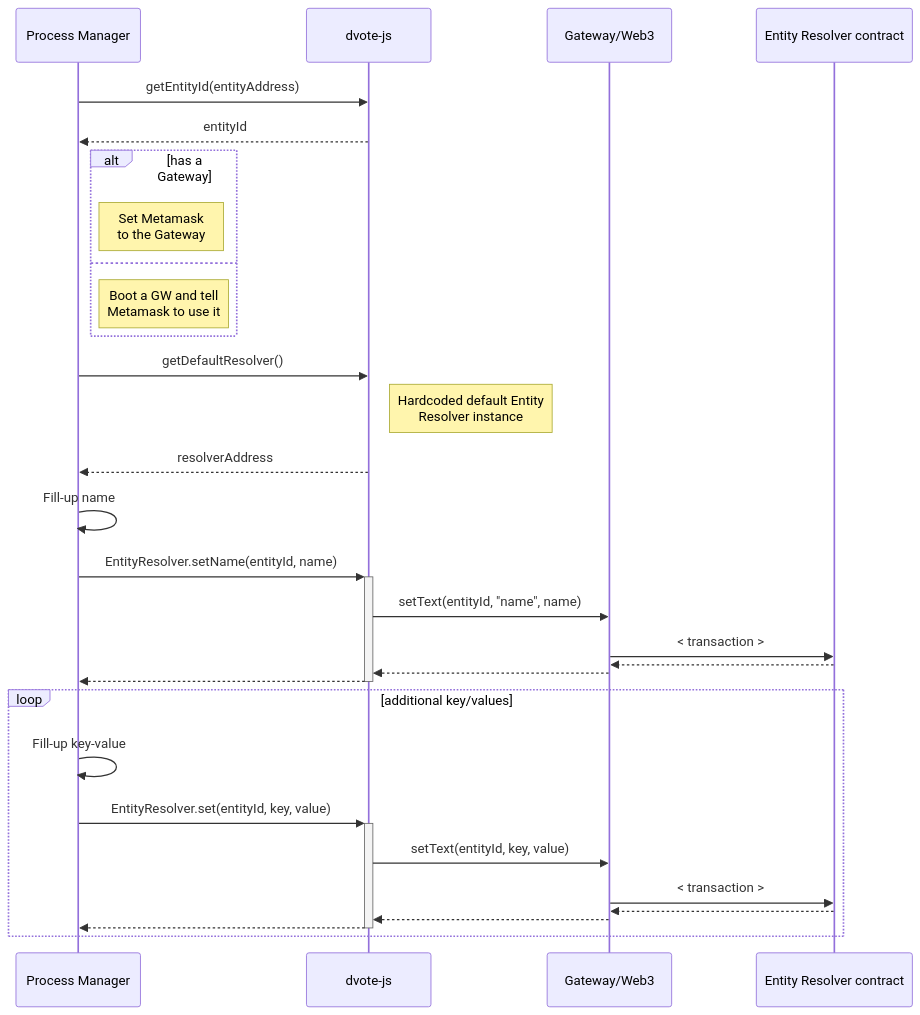
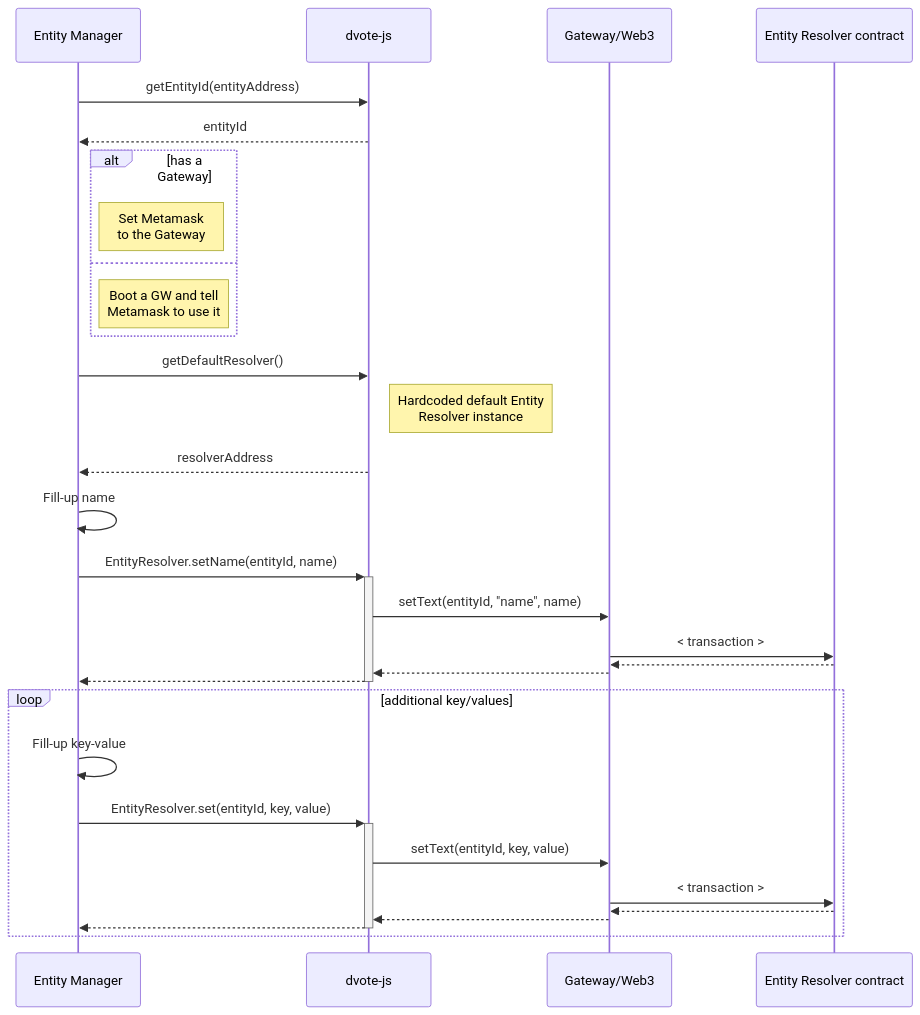
Before and after one commit to vocdoni/docs: the first of 15 diagrams in docs/architecture/sequence-diagrams.md, drawn with Mermaid. The commit also changed other lines of this file and 1 other file, not shown here.

Commit message:
Updating the sequence diagrams for the Entity

````diff
--- a/docs/architecture/sequence-diagrams.md
+++ b/docs/architecture/sequence-diagrams.md
@@ -41,41 +41,41 @@
 ```mermaid
 
 sequenceDiagram
-    participant PM as Process Manager
+    participant EM as Entity Manager
     participant DV as dvote-js
     participant GW as Gateway/Web3
     participant ER as Entity Resolver contract
 
-    PM->>DV: getEntityId(entityAddress)
-    DV-->>PM: entityId
+    EM->>DV: getEntityId(entityAddress)
+    DV-->>EM: entityId
 
     alt has a Gateway
-        Note right of PM: Set Metamask <br/> to the Gateway
+        Note right of EM: Set Metamask <br/> to the Gateway
     else
-        Note right of PM: Boot a GW and tell <br/> Metamask to use it
+        Note right of EM: Boot a GW and tell <br/> Metamask to use it
     end
 
-    PM->>DV: getDefaultResolver()
+    EM->>DV: getDefaultResolver()
         Note right of DV: Hardcoded default Entity<br/>Resolver instance
-    DV-->>PM: resolverAddress
+    DV-->>EM: resolverAddress
 
 
-    PM->>PM: Fill-up name
-    PM->>+DV: EntityResolver.setName(entityId, name)
+    EM->>EM: Fill-up name
+    EM->>+DV: EntityResolver.setName(entityId, name)
         DV->>GW: setText(entityId, "name", name)
             GW->>ER: #60; transaction #62;
             ER-->>GW: 
         GW-->>DV: 
-    DV-->>-PM: 
+    DV-->>-EM: 
 
     loop additional key/values
-        PM->>PM: Fill-up key-value
-        PM->>+DV: EntityResolver.set(entityId, key, value)
+        EM->>EM: Fill-up key-value
+        EM->>+DV: EntityResolver.set(entityId, key, value)
             DV->>GW: setText(entityId, key, value)
                 GW->>ER: #60; transaction #62;
                 ER-->>GW: 
             GW-->>DV: 
-        DV-->>-PM: 
+        DV-->>-EM: 
     end
 
 ```
````
